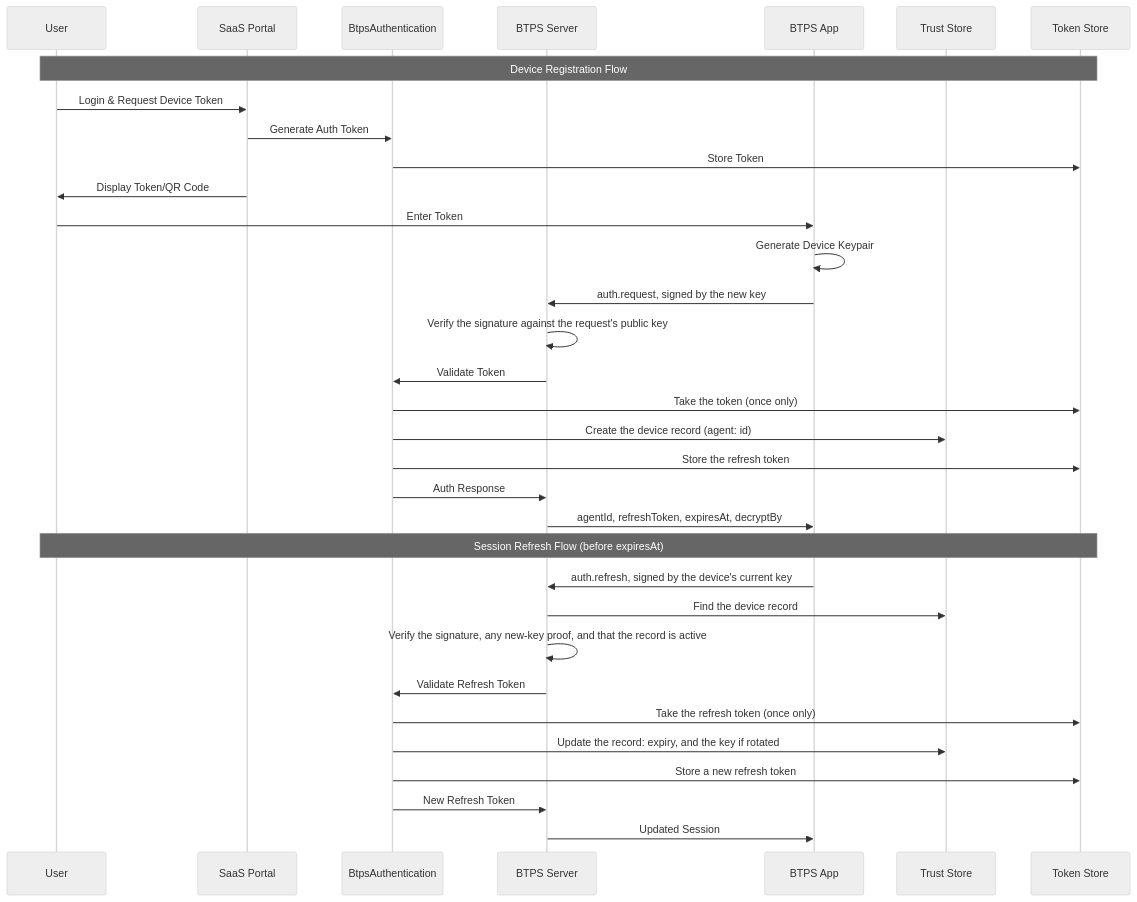
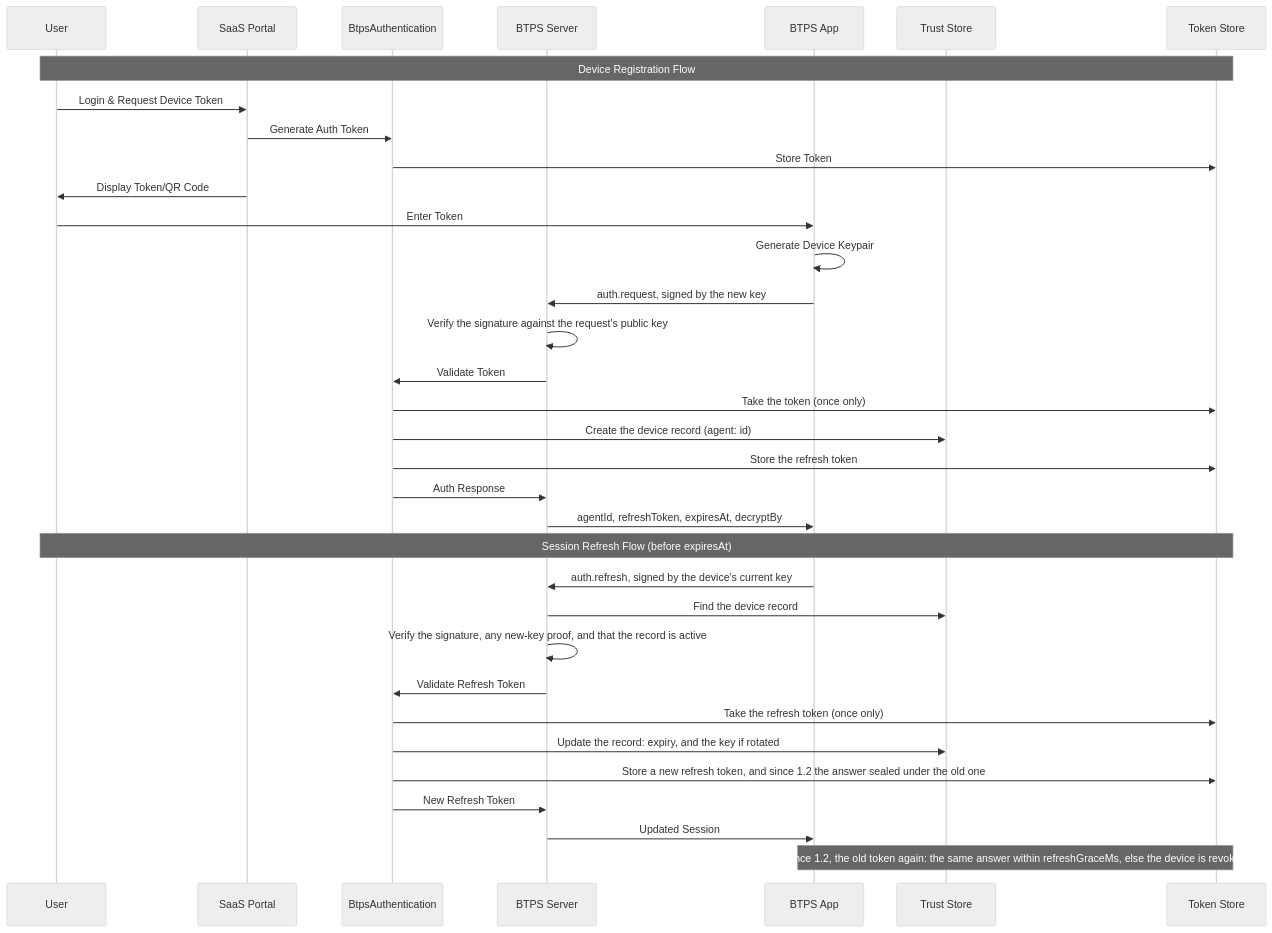
One commit to openbtps/btps-node changed the first of 3 diagrams in docs/docusaurus/docs/protocol/authentication/authenticationFlow.md. Above: the diagram before and after it, drawn with Mermaid (neutral theme). The commit also changed other lines of this file and 32 other files, not shown here.

````diff
--- a/docs/docusaurus/docs/protocol/authentication/authenticationFlow.md
+++ b/docs/docusaurus/docs/protocol/authentication/authenticationFlow.md
@@ -13,37 +13,38 @@
 ```mermaid
 sequenceDiagram
     participant User
     participant SaaS Portal
     participant BtpsAuthentication
     participant BTPS Server
     participant BTPS App
     participant Trust Store
     participant Token Store
 
     Note over User,Token Store: Device Registration Flow
     User->>SaaS Portal: Login & Request Device Token
     SaaS Portal->>BtpsAuthentication: Generate Auth Token
     BtpsAuthentication->>Token Store: Store Token
     SaaS Portal->>User: Display Token/QR Code
     User->>BTPS App: Enter Token
     BTPS App->>BTPS App: Generate Device Keypair
     BTPS App->>BTPS Server: auth.request, signed by the new key
     BTPS Server->>BTPS Server: Verify the signature against the request's public key
     BTPS Server->>BtpsAuthentication: Validate Token
     BtpsAuthentication->>Token Store: Take the token (once only)
     BtpsAuthentication->>Trust Store: Create the device record (agent: id)
     BtpsAuthentication->>Token Store: Store the refresh token
     BtpsAuthentication->>BTPS Server: Auth Response
     BTPS Server->>BTPS App: agentId, refreshToken, expiresAt, decryptBy
 
     Note over User,Token Store: Session Refresh Flow (before expiresAt)
     BTPS App->>BTPS Server: auth.refresh, signed by the device's current key
     BTPS Server->>Trust Store: Find the device record
     BTPS Server->>BTPS Server: Verify the signature, any new-key proof, and that the record is active
     BTPS Server->>BtpsAuthentication: Validate Refresh Token
     BtpsAuthentication->>Token Store: Take the refresh token (once only)
     BtpsAuthentication->>Trust Store: Update the record: expiry, and the key if rotated
-    BtpsAuthentication->>Token Store: Store a new refresh token
+    BtpsAuthentication->>Token Store: Store a new refresh token, and since 1.2 the answer sealed under the old one
     BtpsAuthentication->>BTPS Server: New Refresh Token
     BTPS Server->>BTPS App: Updated Session
+    Note over BTPS App,Token Store: Since 1.2, the old token again: the same answer within refreshGraceMs, else the device is revoked
 ```
````
